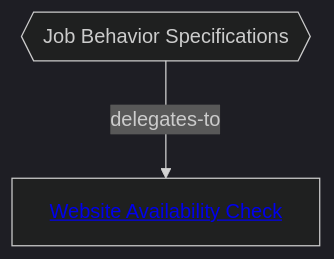
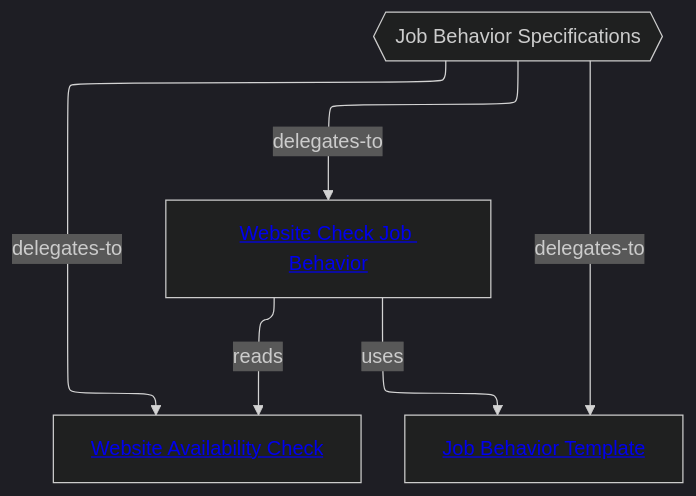
Before and after one commit to vrparthasarathy/migration-job-discovery: the first of 2 diagrams in README.md, drawn with Mermaid (dark theme). The commit also changed other lines of this file and 20 other files, not shown here.

Commit message:
Replan Job Behavior Specifications after the specification review.

````diff
--- a/README.md
+++ b/README.md
@@ -34,9 +34,13 @@
 ```mermaid
 ---
 config:
   layout: elk
 ---
 %%{init: {"securityLevel": "loose"}}%%
 flowchart TB
   root{{"Job Behavior Specifications"}} -->|delegates-to| check["<a href='website-availability-check/README.md#diagram'>Website Availability Check</a>"]
+  root -->|delegates-to| tmpl["<a href='job-behavior-template/README.md#diagram'>Job Behavior Template</a>"]
+  root -->|delegates-to| ref["<a href='website-check-job-behavior/README.md#diagram'>Website Check Job Behavior</a>"]
+  ref -->|uses| tmpl
+  ref -->|reads| check
 ```
````
